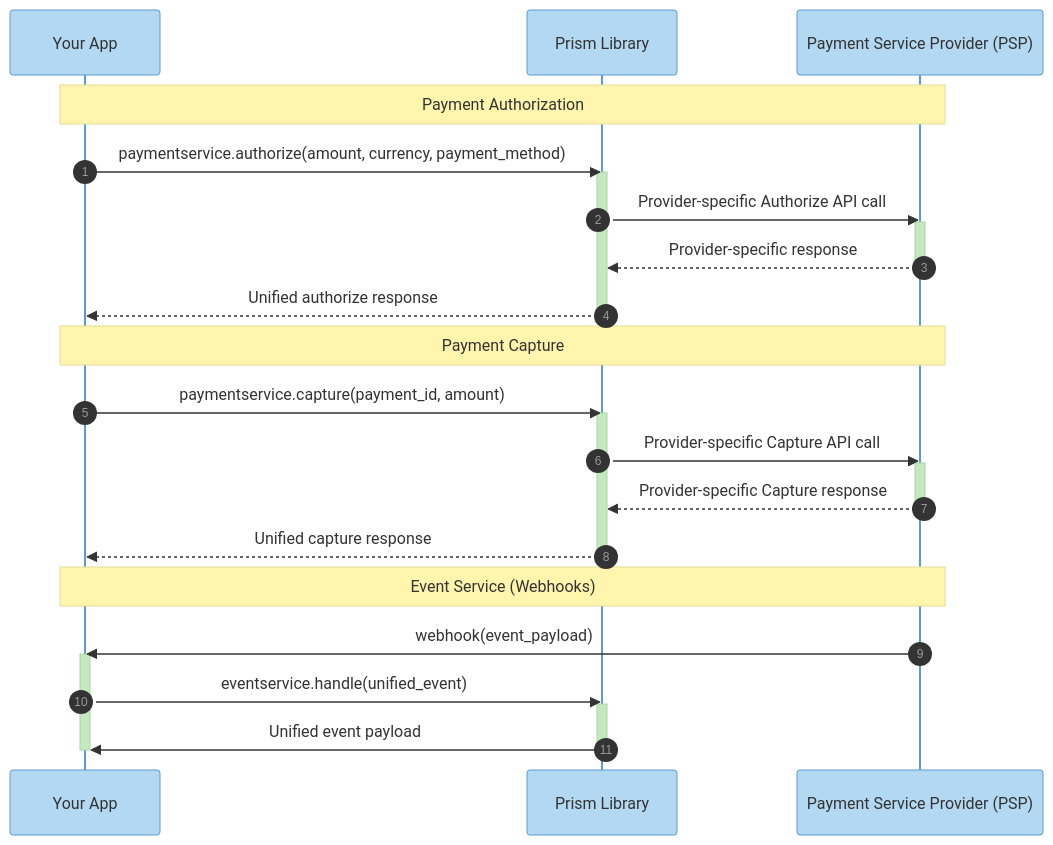
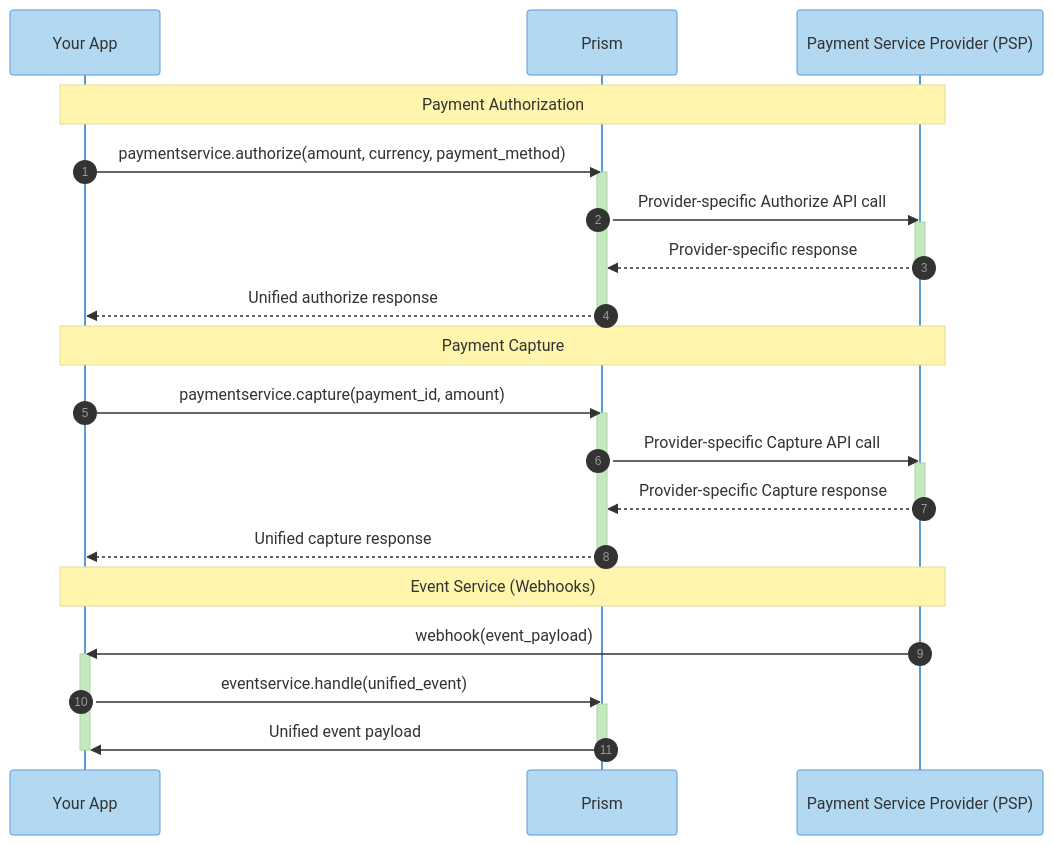
The diagram in README.md (juspay/connector-service), drawn with Mermaid before and after one commit. The commit also changed other lines of this file, not shown here.

First line of the commit message:
docs: Update README switching providers example to Stripe→Braintree with createOrder flow

````diff
--- a/README.md
+++ b/README.md
@@ -66,38 +87,38 @@
 ```mermaid
 %%{init: {'theme': 'base', 'themeVariables': { 'primaryColor': '#B3D9F2', 'primaryTextColor': '#333333', 'primaryBorderColor': '#5B9BD5', 'lineColor': '#666666', 'secondaryColor': '#C5E8C0', 'tertiaryColor': '#F9B872'}}}%%
 sequenceDiagram
    autonumber
    participant App as Your App
-   participant Prism as Prism Library
+   participant SDK as Prism
    participant PSP as Payment Service Provider (PSP)
    
    Note over App,PSP: Payment Authorization
-   App->>Prism: paymentservice.authorize(amount, currency, payment_method)
-   activate Prism
-   Prism->>PSP: Provider-specific Authorize API call
+   App->>SDK: paymentservice.authorize(amount, currency, payment_method)
+   activate SDK
+   SDK->>PSP: Provider-specific Authorize API call
    activate PSP
-   PSP-->>Prism: Provider-specific response
+   PSP-->>SDK: Provider-specific response
    deactivate PSP
-   Prism-->>App: Unified authorize response
-   deactivate Prism
+   SDK-->>App: Unified authorize response
+   deactivate SDK
 
    Note over App,PSP: Payment Capture
-   App->>Prism: paymentservice.capture(payment_id, amount)
-   activate Prism
-   Prism->>PSP: Provider-specific Capture API call
+   App->>SDK: paymentservice.capture(payment_id, amount)
+   activate SDK
+   SDK->>PSP: Provider-specific Capture API call
    activate PSP
-   PSP-->>Prism: Provider-specific Capture response
+   PSP-->>SDK: Provider-specific Capture response
    deactivate PSP
-   Prism-->>App: Unified capture response
-   deactivate Prism
+   SDK-->>App: Unified capture response
+   deactivate SDK
 
    Note over App,PSP: Event Service (Webhooks)
    PSP->>App: webhook(event_payload)
    activate App
-   App->>Prism: eventservice.handle(unified_event)
-   activate Prism
-   Prism->>App: Unified event payload
-   deactivate Prism
+   App->>SDK: eventservice.handle(unified_event)
+   activate SDK
+   SDK->>App: Unified event payload
+   deactivate SDK
    deactivate App
 
 ```
````
